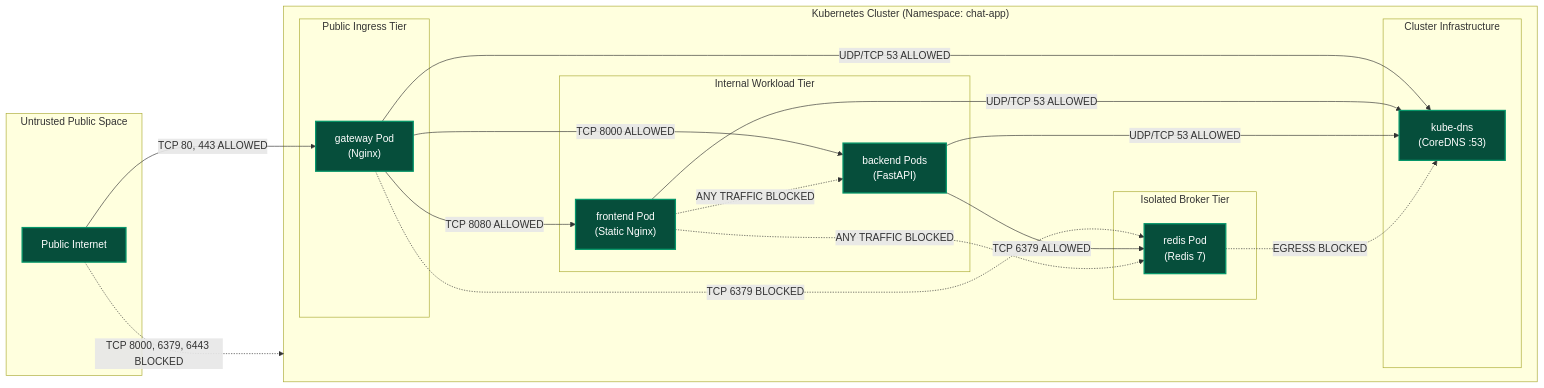
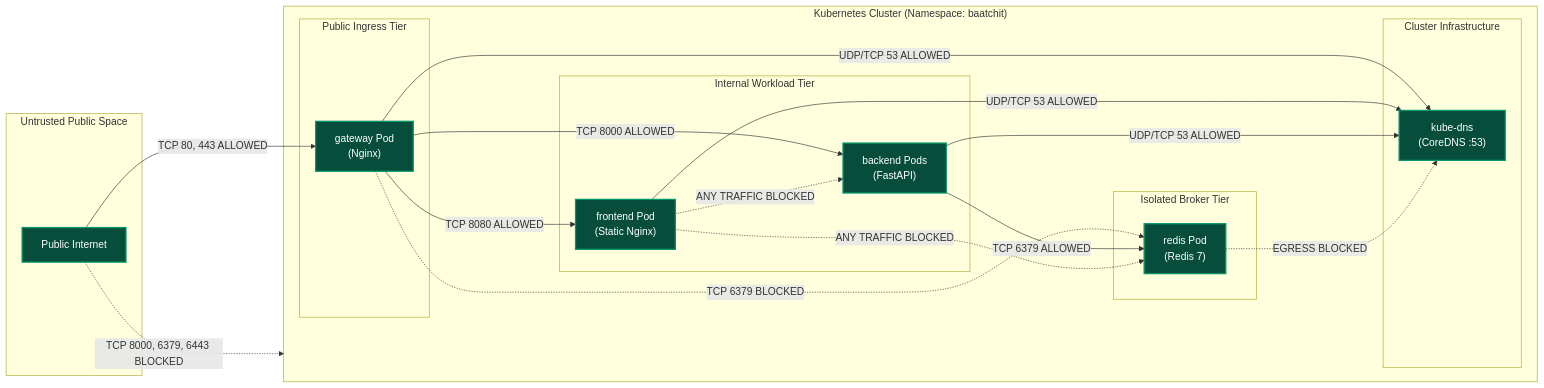
The fourth of 5 diagrams in docs/design/HLD.md (pawankgandhi15/Chat_App), drawn with Mermaid before and after one commit. The commit also changed other lines of this file and 68 other files, not shown here.

````diff
--- a/docs/design/HLD.md
+++ b/docs/design/HLD.md
@@ -243,45 +243,45 @@
 ```mermaid
 flowchart LR
     subgraph External["Untrusted Public Space"]
         Internet["Public Internet"]
     end
 
-    subgraph K8s["Kubernetes Cluster (Namespace: chat-app)"]
+    subgraph K8s["Kubernetes Cluster (Namespace: baatchit)"]
         subgraph IngressTier["Public Ingress Tier"]
             GW["gateway Pod<br/>(Nginx)"]
         end
 
         subgraph ServiceTier["Internal Workload Tier"]
             FE["frontend Pod<br/>(Static Nginx)"]
             BE["backend Pods<br/>(FastAPI)"]
         end
 
         subgraph DataTier["Isolated Broker Tier"]
             RD["redis Pod<br/>(Redis 7)"]
         end
 
         subgraph PlatformTier["Cluster Infrastructure"]
             DNS["kube-dns<br/>(CoreDNS :53)"]
         end
     end
 
     Internet -->|TCP 80, 443 ALLOWED| GW
     Internet -.->|TCP 8000, 6379, 6443 BLOCKED| K8s
 
     GW -->|TCP 8080 ALLOWED| FE
     GW -->|TCP 8000 ALLOWED| BE
     GW -.->|TCP 6379 BLOCKED| RD
 
     BE -->|TCP 6379 ALLOWED| RD
     FE -.->|ANY TRAFFIC BLOCKED| RD
     FE -.->|ANY TRAFFIC BLOCKED| BE
 
     GW -->|UDP/TCP 53 ALLOWED| DNS
     FE -->|UDP/TCP 53 ALLOWED| DNS
     BE -->|UDP/TCP 53 ALLOWED| DNS
     RD -.->|EGRESS BLOCKED| DNS
 
     classDef allow fill:#064e3b,stroke:#059669,stroke-width:2px,color:#ffffff;
     classDef block fill:#7f1d1d,stroke:#dc2626,stroke-width:2px,color:#ffffff;
     class Internet,GW,FE,BE,RD,DNS allow;
 ```
````
